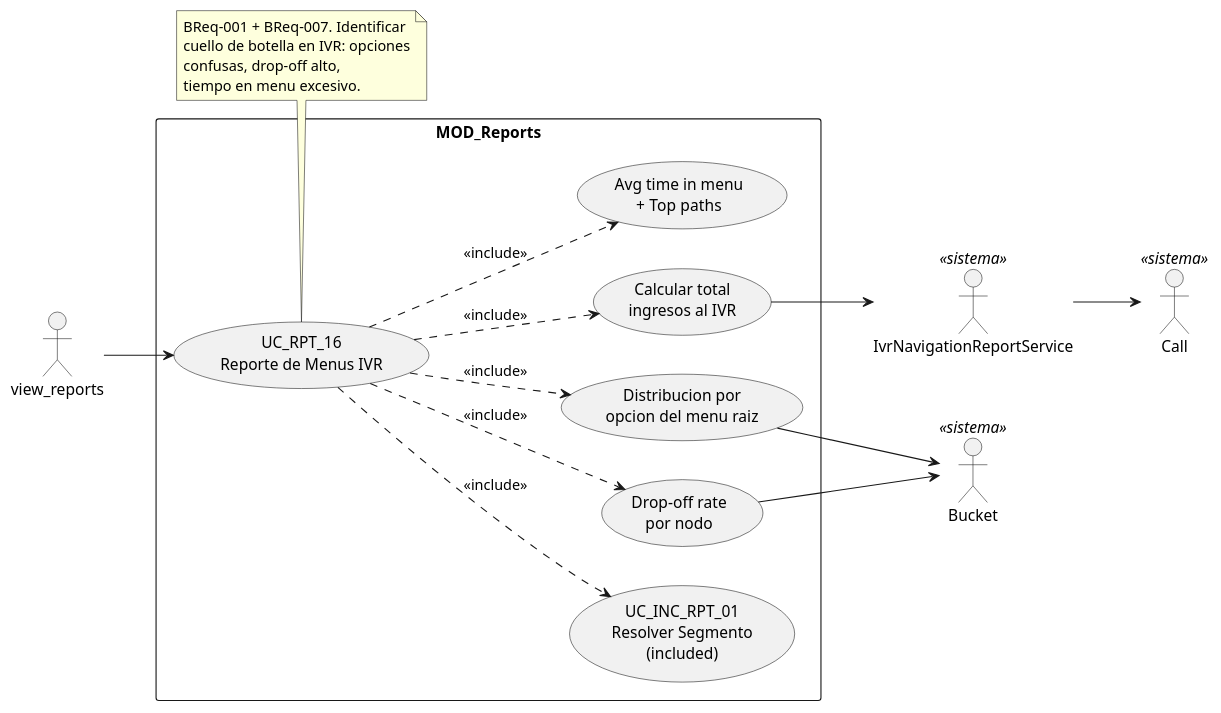
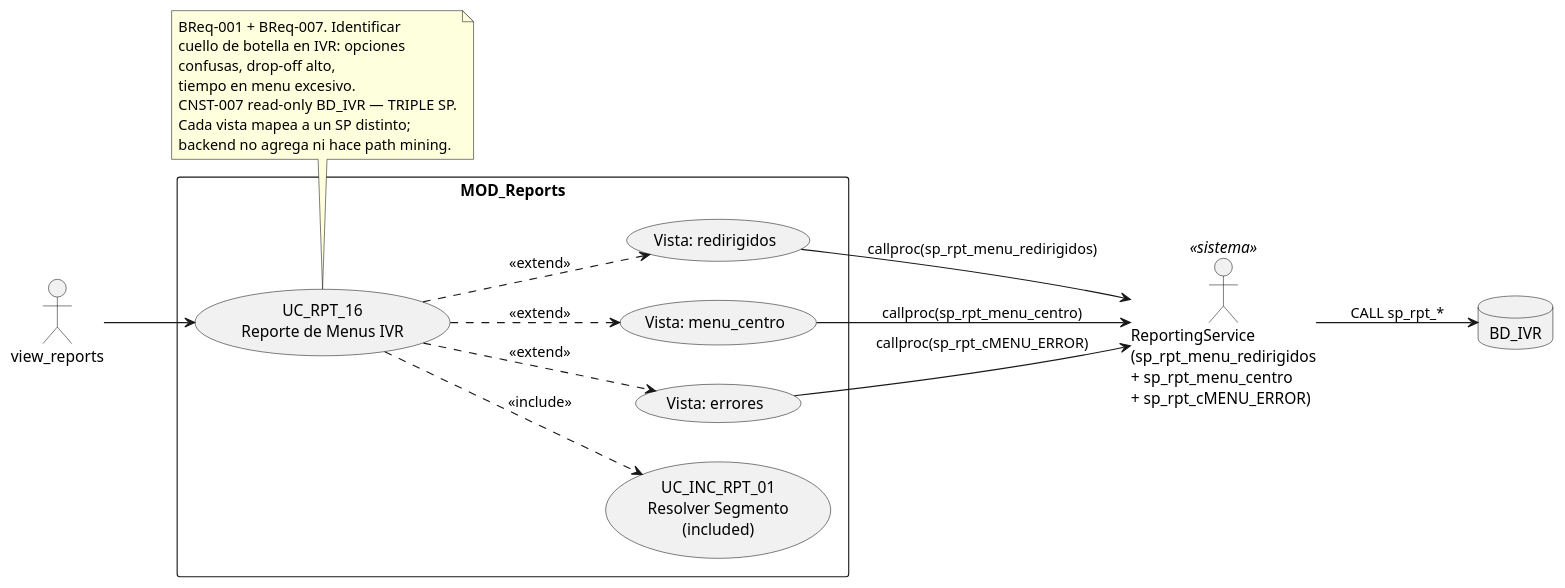
One commit to jcg-admin/IACT-docs changed the diagram in source/requisitos/casos-uso/reports/uc-rpt-16/diagramas-uml/diagrama-de-caso-de-uso.rst. Above: the diagram before and after it, drawn with PlantUML. The commit also changed 9 other files, not shown here.

First line of the commit message:
Align UC_RPT_16 with TRIPLE SP (menu IVR sub-vistas)

```diff
--- a/source/requisitos/casos-uso/reports/uc-rpt-16/diagramas-uml/diagrama-de-caso-de-uso.rst
+++ b/source/requisitos/casos-uso/reports/uc-rpt-16/diagramas-uml/diagrama-de-caso-de-uso.rst
@@ -4,41 +4,40 @@
 .. uml::
  :caption: UC_RPT_16 — actores y casos asociados
 
  @startuml
 
  left to right direction
 
- actor "view_reports" as INVOKER
- actor "IvrNavigationReportService" as SVC <<sistema>>
- actor "Bucket" as BK <<sistema>>
- actor "Call" as CALL <<sistema>>
+ actor "view_reports" as view_reports
+ actor "ReportingService\n(sp_rpt_menu_redirigidos\n+ sp_rpt_menu_centro\n+ sp_rpt_cMENU_ERROR)" as ReportingService <<sistema>>
+ database "BD_IVR" as BdIvrLegacy
 
  rectangle "MOD_Reports" {
    usecase "UC_RPT_16\nReporte de Menus IVR" as UC_RPT_16
    usecase "UC_INC_RPT_01\nResolver Segmento\n(included)" as UC_INC_RPT_01
-   usecase "Calcular total\ningresos al IVR" as METRIC_VOL
-   usecase "Distribucion por\nopcion del menu raiz" as METRIC_DIST
-   usecase "Drop-off rate\npor nodo" as METRIC_DROP
-   usecase "Avg time in menu\n+ Top paths" as METRIC_PATH
+   usecase "Vista: redirigidos" as VistaRedirigidos
+   usecase "Vista: menu_centro" as VistaMenuCentro
+   usecase "Vista: errores" as VistaErrores
  }
 
- INVOKER --> UC_RPT_16
+ view_reports --> UC_RPT_16
  UC_RPT_16 ..> UC_INC_RPT_01 : <<include>>
- UC_RPT_16 ..> METRIC_VOL : <<include>>
- UC_RPT_16 ..> METRIC_DIST : <<include>>
- UC_RPT_16 ..> METRIC_DROP : <<include>>
- UC_RPT_16 ..> METRIC_PATH : <<include>>
-
- METRIC_VOL --> SVC
- METRIC_DIST --> BK
- METRIC_DROP --> BK
- SVC --> CALL
+ UC_RPT_16 ..> VistaRedirigidos : <<extend>>
+ UC_RPT_16 ..> VistaMenuCentro : <<extend>>
+ UC_RPT_16 ..> VistaErrores : <<extend>>
+ VistaRedirigidos --> ReportingService : callproc(sp_rpt_menu_redirigidos)
+ VistaMenuCentro  --> ReportingService : callproc(sp_rpt_menu_centro)
+ VistaErrores     --> ReportingService : callproc(sp_rpt_cMENU_ERROR)
+ ReportingService --> BdIvrLegacy : CALL sp_rpt_*
 
  note bottom of UC_RPT_16
    BReq-001 + BReq-007. Identificar
    cuello de botella en IVR: opciones
    confusas, drop-off alto,
    tiempo en menu excesivo.
+   CNST-007 read-only BD_IVR — TRIPLE SP.
+   Cada vista mapea a un SP distinto;
+   backend no agrega ni hace path mining.
  end note
 
  @enduml
```
